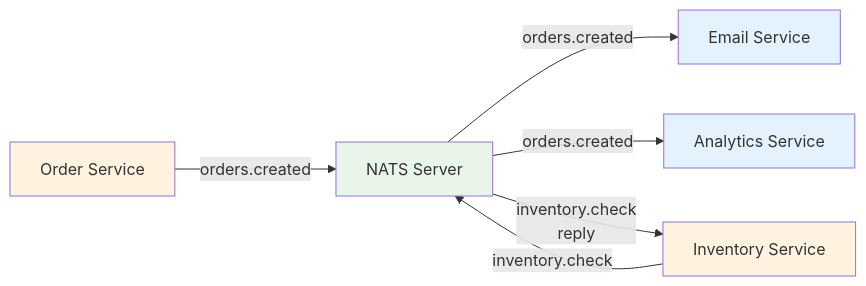
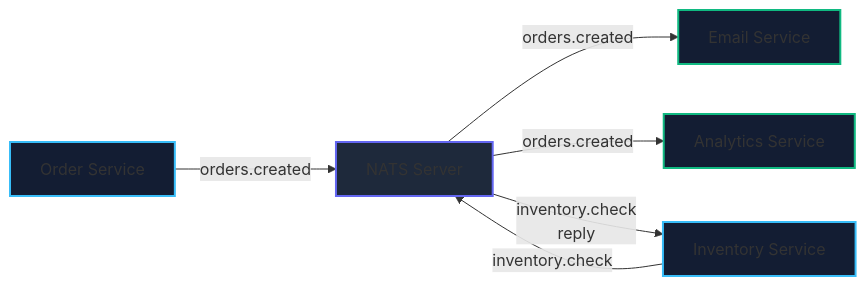
The first of 2 diagrams in sources/13. Очереди, брокеры сообщений и оркестраторы/04. NATS/7. Когда выбирать NATS.md (UnrealTemplier/go-textbook), drawn with Mermaid before and after one commit. The commit also changed other lines of this file, not shown here.

````diff
--- a/sources/13. Очереди, брокеры сообщений и оркестраторы/04. NATS/7. Когда выбирать NATS.md
+++ b/sources/13. Очереди, брокеры сообщений и оркестраторы/04. NATS/7. Когда выбирать NATS.md
@@ -42,14 +57,14 @@
 ```mermaid
 graph LR
     OS["Order Service"] -->|"orders.created"| NS["NATS Server"]
     IS["Inventory Service"] -->|"inventory.check"| NS
     NS -->|"orders.created"| ES["Email Service"]
     NS -->|"orders.created"| AS["Analytics Service"]
     NS -->|"inventory.check<br>reply"| IS
     
-    style NS fill:#e8f5e8
-    style OS fill:#fff3e0
-    style IS fill:#fff3e0
-    style ES fill:#e3f2fd
-    style AS fill:#e3f2fd
+    style NS fill:#1e293b,stroke:#6366f1,stroke-width:2px
+    style OS fill:#131d33,stroke:#38bdf8,stroke-width:2px
+    style IS fill:#131d33,stroke:#38bdf8,stroke-width:2px
+    style ES fill:#131d33,stroke:#10b981,stroke-width:2px
+    style AS fill:#131d33,stroke:#10b981,stroke-width:2px
 ```
````
